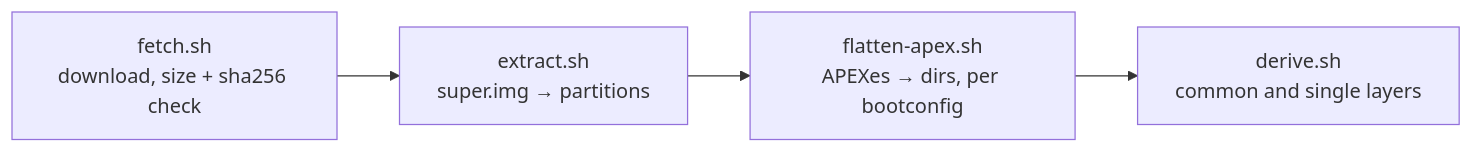
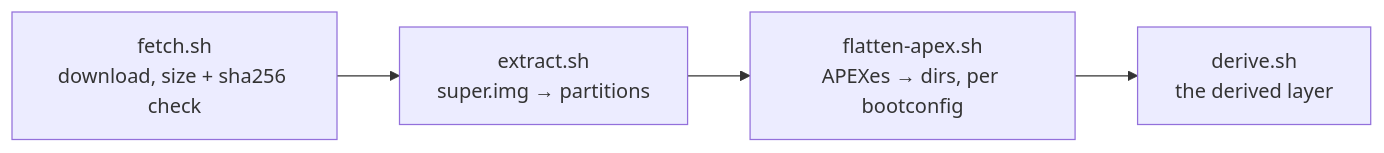
The diagram in image/README.md (sargunv/innkeeper), drawn with Mermaid before and after one commit. The commit also changed other lines of this file and 2 other files, not shown here.

First line of the commit message:
image: drop the SBOM download and flatten pin.toml

````diff
--- a/image/README.md
+++ b/image/README.md
@@ -13,6 +13,6 @@
 ```mermaid
 flowchart LR
   fetch["fetch.sh<br/>download, size + sha256 check"] --> extract["extract.sh<br/>super.img → partitions"]
   extract --> flatten["flatten-apex.sh<br/>APEXes → dirs, per bootconfig"]
-  flatten --> derive["derive.sh<br/>common and single layers"]
+  flatten --> derive["derive.sh<br/>the derived layer"]
 ```
````
